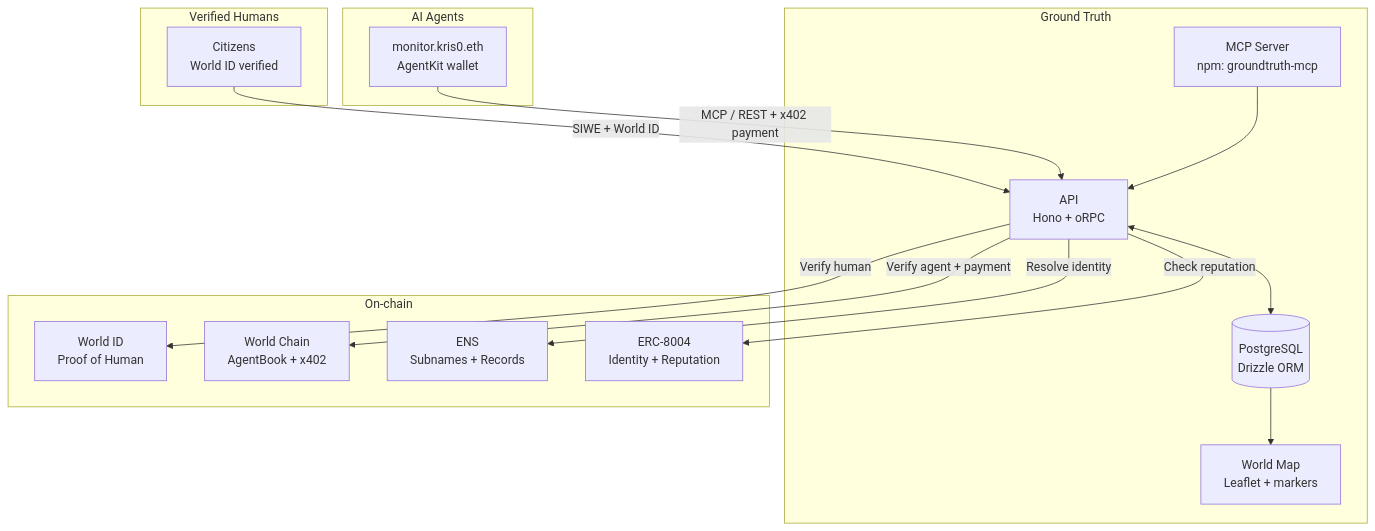
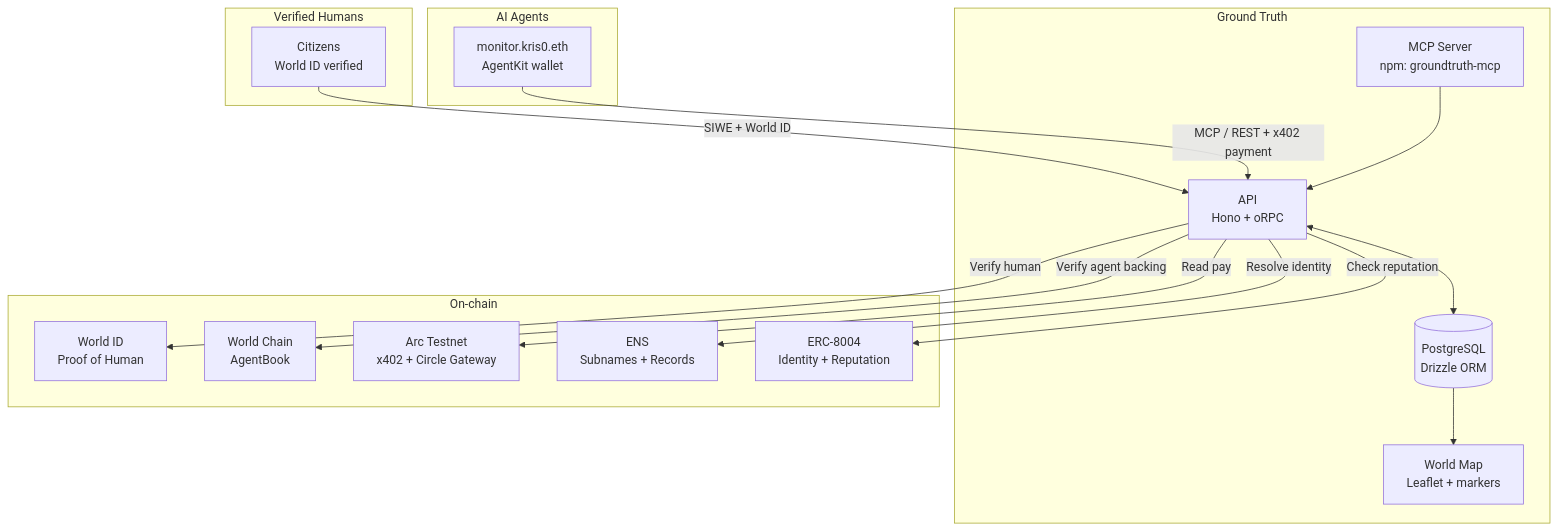
The diagram in README.md (grmkris/ethglobal-cannes-2026-groundtruth), drawn with Mermaid before and after one commit. The commit also changed other lines of this file and 30 other files, not shown here.

````diff
--- a/README.md
+++ b/README.md
@@ -53,35 +53,37 @@
 ```mermaid
 graph TB
     subgraph "Verified Humans"
         H[Citizens<br/>World ID verified]
     end
 
     subgraph "AI Agents"
         A[monitor.kris0.eth<br/>AgentKit wallet]
     end
 
     subgraph "Ground Truth"
         MAP[World Map<br/>Leaflet + markers]
         API[API<br/>Hono + oRPC]
         DB[(PostgreSQL<br/>Drizzle ORM)]
         MCP[MCP Server<br/>npm: groundtruth-mcp]
     end
 
     subgraph "On-chain"
         WID[World ID<br/>Proof of Human]
-        WC[World Chain<br/>AgentBook + x402]
+        WC[World Chain<br/>AgentBook]
+        ARC[Arc Testnet<br/>x402 + Circle Gateway]
         ENS[ENS<br/>Subnames + Records]
         ERC[ERC-8004<br/>Identity + Reputation]
     end
 
     H -->|SIWE + World ID| API
     A -->|MCP / REST + x402 payment| API
     API <--> DB
     DB --> MAP
     MCP --> API
 
     API -->|Verify human| WID
-    API -->|Verify agent + payment| WC
+    API -->|Verify agent backing| WC
+    API -->|Read pay| ARC
     API -->|Resolve identity| ENS
     API -->|Check reputation| ERC
 ```
````
